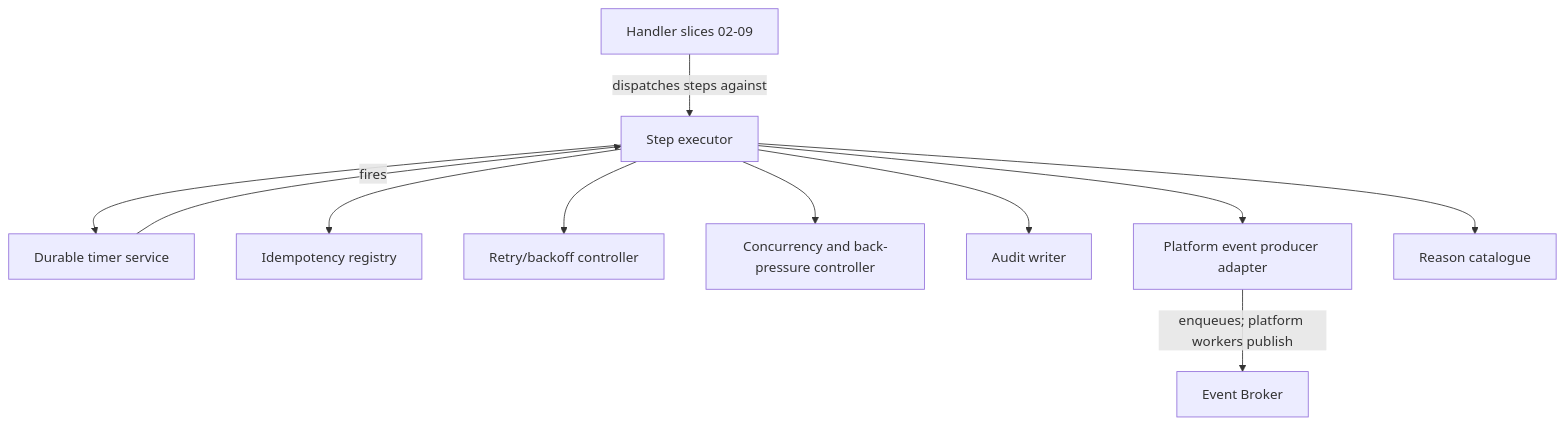
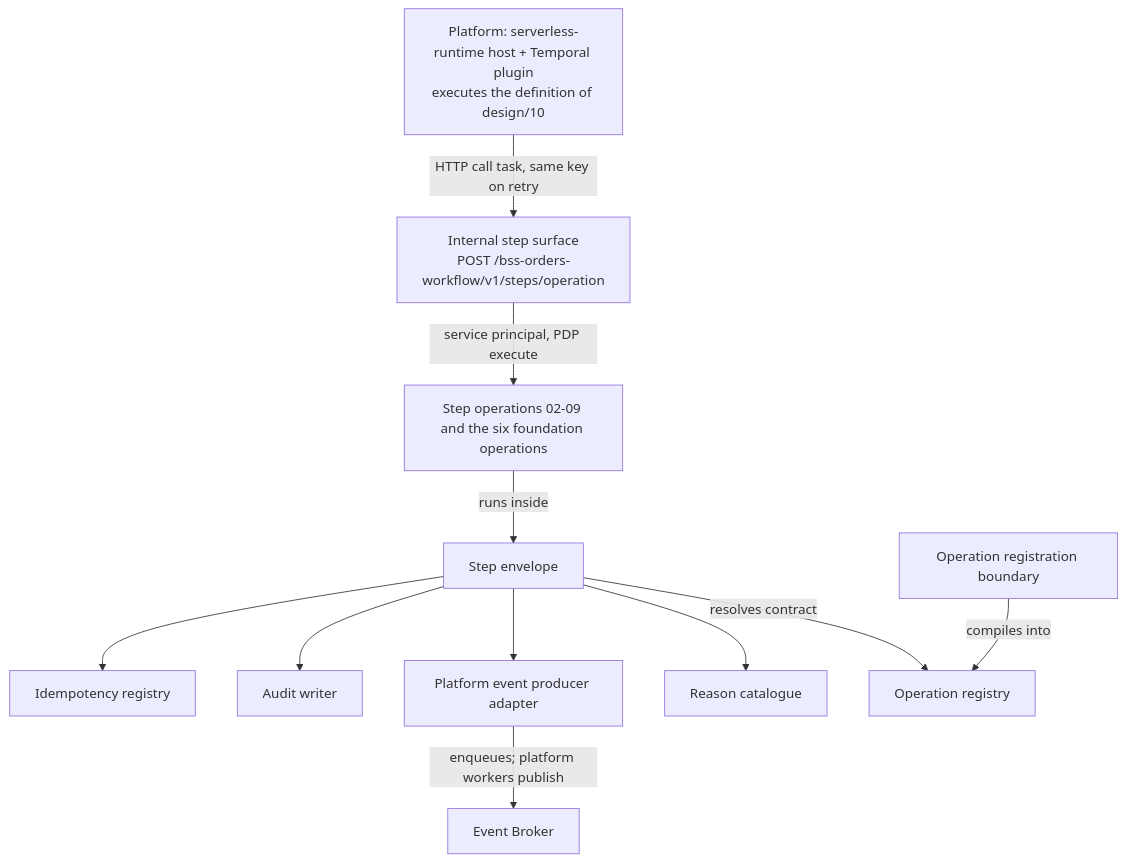
Before and after one commit to constructorfabric/gears-rust: the first of 4 diagrams in gears/bss/orders-workflow/docs/design/01-foundation.md, drawn with Mermaid. The commit also changed other lines of this file and 1 other file, not shown here.

Commit message:
docs(bss/orders-workflow): the engine becomes step operations plus the record; the flow becomes a platform workflow definition (01 rewritten, 10 added)

````diff
--- a/gears/bss/orders-workflow/docs/design/01-foundation.md
+++ b/gears/bss/orders-workflow/docs/design/01-foundation.md
@@ -404,22 +478,23 @@
 ```mermaid
 graph TB
-    H[Handler slices 02-09]
-    E[Step executor]
-    T[Durable timer service]
+    P[Platform: serverless-runtime host + Temporal plugin<br/>executes the definition of design/10]
+    R[Internal step surface<br/>POST /bss-orders-workflow/v1/steps/operation]
+    O[Step operations 02-09 and the six foundation operations]
+    E[Step envelope]
+    G[Operation registry]
     I[Idempotency registry]
-    R[Retry/backoff controller]
-    C[Concurrency and back-pressure controller]
     A[Audit writer]
     X[Platform event producer adapter]
     D[Reason catalogue]
-    H -->|dispatches steps against| E
-    E --> T
+    B[Operation registration boundary]
+    P -->|HTTP call task, same key on retry| R
+    R -->|service principal, PDP execute| O
+    O -->|runs inside| E
     E --> I
-    E --> R
-    E --> C
     E --> A
     E --> X
     E --> D
+    E -->|resolves contract| G
+    B -->|compiles into| G
     X -->|enqueues; platform workers publish| BUS[Event Broker]
-    T -->|fires| E
 ```
````
